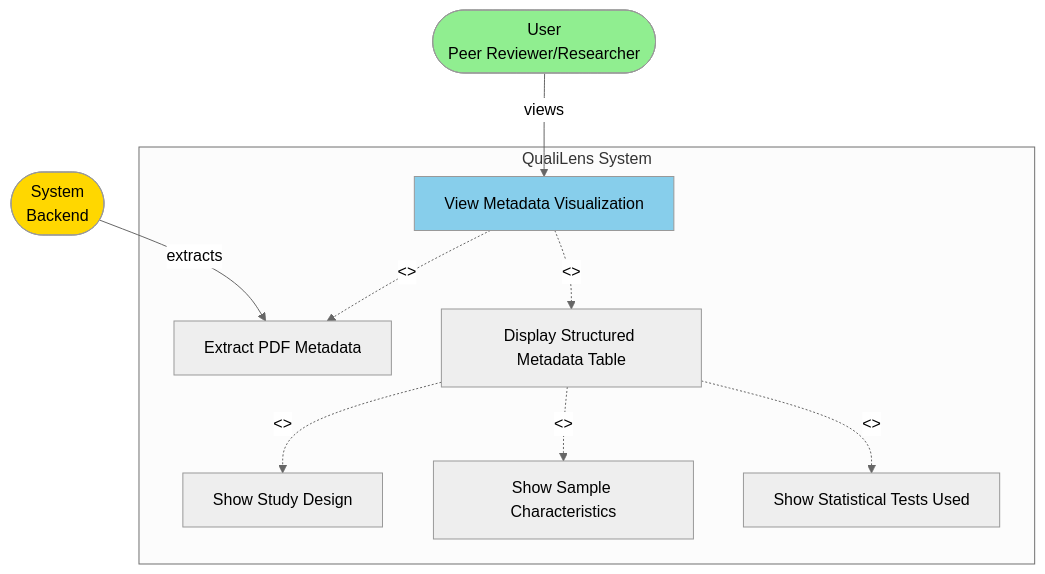
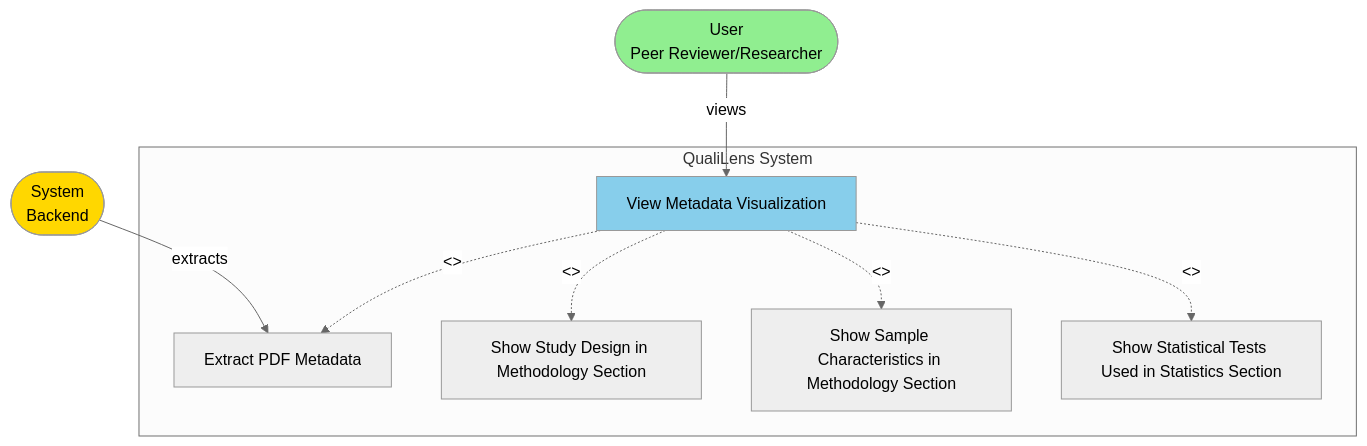
The second of 12 diagrams in docs/architecture/4_USE_CASE_DIAGRAM.md (giuliobarde/QualiLens), drawn with Mermaid (neutral theme) before and after one commit. The commit also changed other lines of this file and 2 other files, not shown here.

Commit message:
use case diagram updated

````diff
--- a/docs/architecture/4_USE_CASE_DIAGRAM.md
+++ b/docs/architecture/4_USE_CASE_DIAGRAM.md
@@ -28,27 +31,25 @@
 ```mermaid
 graph TD
     User([User<br/>Peer Reviewer/Researcher])
     System([System<br/>Backend])
     
     subgraph "QualiLens System"
         UC02[View Metadata Visualization]
         UC02a[Extract PDF Metadata]
-        UC02b[Display Structured Metadata Table]
-        UC02c[Show Study Design]
-        UC02d[Show Sample Characteristics]
-        UC02e[Show Statistical Tests Used]
+        UC02c[Show Study Design in Methodology Section]
+        UC02d[Show Sample Characteristics in Methodology Section]
+        UC02e[Show Statistical Tests Used in Statistics Section]
         
         UC02 -.->|<<include>>| UC02a
-        UC02 -.->|<<include>>| UC02b
-        UC02b -.->|<<include>>| UC02c
-        UC02b -.->|<<include>>| UC02d
-        UC02b -.->|<<include>>| UC02e
+        UC02 -.->|<<include>>| UC02c
+        UC02 -.->|<<include>>| UC02d
+        UC02 -.->|<<include>>| UC02e
     end
     
     User -->|views| UC02
     System -->|extracts| UC02a
     
     style User fill:#90EE90
     style System fill:#FFD700
     style UC02 fill:#87CEEB
 ```
````
